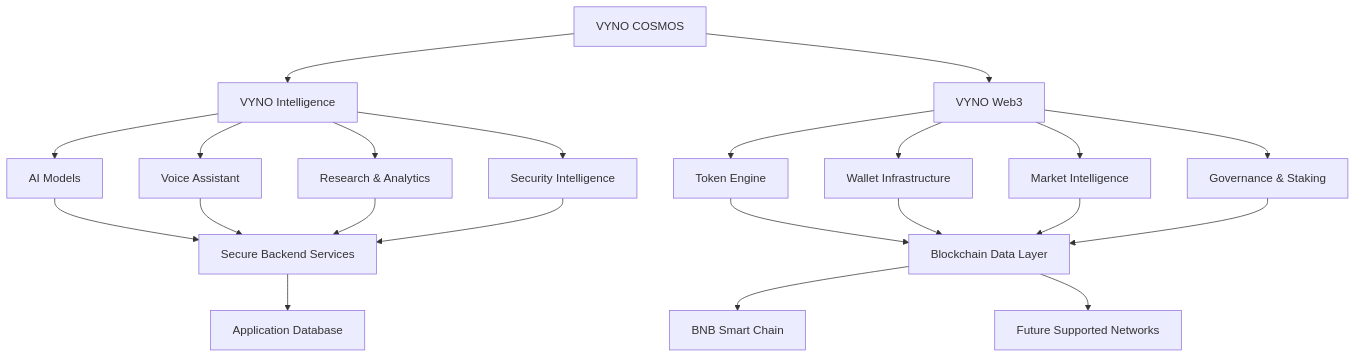
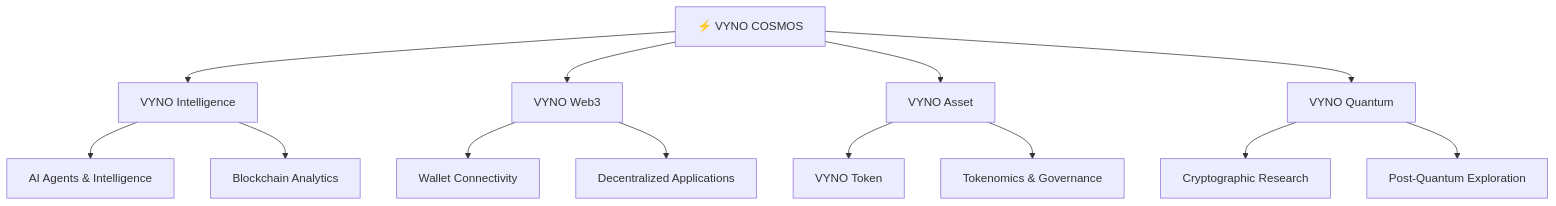
One commit to vanhsya/VYNO-COIN.1 changed the first of 2 diagrams in README.md. Above: the diagram before and after it, drawn with Mermaid. The commit also changed other lines of this file, not shown here.

````diff
--- a/README.md
+++ b/README.md
@@ -198,30 +63,21 @@
 ```mermaid
 flowchart TB
-    A["VYNO COSMOS"]
-    
+    A["⚡ VYNO COSMOS"]
+
     A --> B["VYNO Intelligence"]
     A --> C["VYNO Web3"]
-    
-    B --> D["AI Models"]
-    B --> E["Voice Assistant"]
-    B --> F["Research & Analytics"]
-    B --> G["Security Intelligence"]
-    
-    C --> H["Token Engine"]
-    C --> I["Wallet Infrastructure"]
-    C --> J["Market Intelligence"]
-    C --> K["Governance & Staking"]
-    
-    D --> L["Secure Backend Services"]
-    E --> L
-    F --> L
-    G --> L
-    H --> M["Blockchain Data Layer"]
-    I --> M
-    J --> M
-    K --> M
-    
-    L --> N["Application Database"]
-    M --> O["BNB Smart Chain"]
-    M --> P["Future Supported Networks"]
+    A --> D["VYNO Asset"]
+    A --> E["VYNO Quantum"]
+
+    B --> F["AI Agents & Intelligence"]
+    B --> G["Blockchain Analytics"]
+
+    C --> H["Wallet Connectivity"]
+    C --> I["Decentralized Applications"]
+
+    D --> J["VYNO Token"]
+    D --> K["Tokenomics & Governance"]
+
+    E --> L["Cryptographic Research"]
+    E --> M["Post-Quantum Exploration"]
 ```
````
